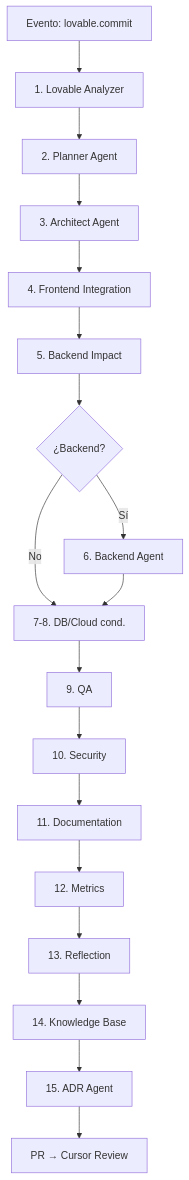
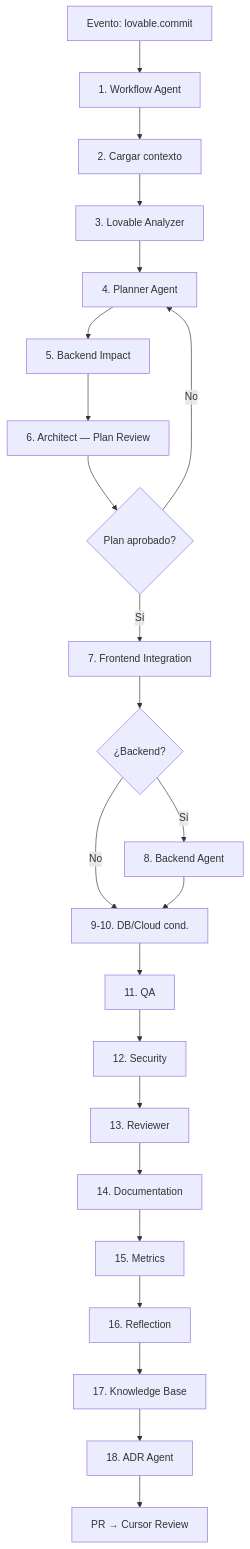
One commit to arodriguez-novusintelligence/NovusAIDevelopmentFramework changed the diagram in docs/lovable-integration.md. Above: the diagram before and after it, drawn with Mermaid. The commit also changed other lines of this file and 16 other files, not shown here.

First line of the commit message:
docs(nadf): align workflow docs and critical architecture fixes

````diff
--- a/docs/lovable-integration.md
+++ b/docs/lovable-integration.md
@@ -37,39 +22,25 @@
 ```mermaid
-
 flowchart TB
-
-    A["Evento: lovable.commit"] --> B["1. Lovable Analyzer"]
-
-    B --> C["2. Planner Agent"]
-
-    C --> D["3. Architect Agent"]
-
-    D --> E["4. Frontend Integration"]
-
+    A["Evento: lovable.commit"] --> B["1. Workflow Agent"]
+    B --> C["2. Cargar contexto"]
+    C --> D["3. Lovable Analyzer"]
+    D --> E["4. Planner Agent"]
     E --> F["5. Backend Impact"]
-
-    F --> G{"¿Backend?"}
-
-    G -->|Sí| H["6. Backend Agent"]
-
-    G -->|No| I["7-8. DB/Cloud cond."]
-
-    H --> I
-
-    I --> J["9. QA"]
-
-    J --> K["10. Security"]
-
-    K --> L["11. Documentation"]
-
-    L --> M["12. Metrics"]
-
-    M --> N["13. Reflection"]
-
-    N --> O["14. Knowledge Base"]
-
-    O --> P["15. ADR Agent"]
-
-    P --> Q["PR → Cursor Review"]
-
+    F --> G["6. Architect — Plan Review"]
+    G --> H{"Plan aprobado?"}
+    H -->|No| E
+    H -->|Sí| I["7. Frontend Integration"]
+    I --> J{"¿Backend?"}
+    J -->|Sí| K["8. Backend Agent"]
+    J -->|No| L["9-10. DB/Cloud cond."]
+    K --> L
+    L --> M["11. QA"]
+    M --> N["12. Security"]
+    N --> O["13. Reviewer"]
+    O --> P["14. Documentation"]
+    P --> Q["15. Metrics"]
+    Q --> R["16. Reflection"]
+    R --> S["17. Knowledge Base"]
+    S --> T["18. ADR Agent"]
+    T --> U["PR → Cursor Review"]
 ```
````
